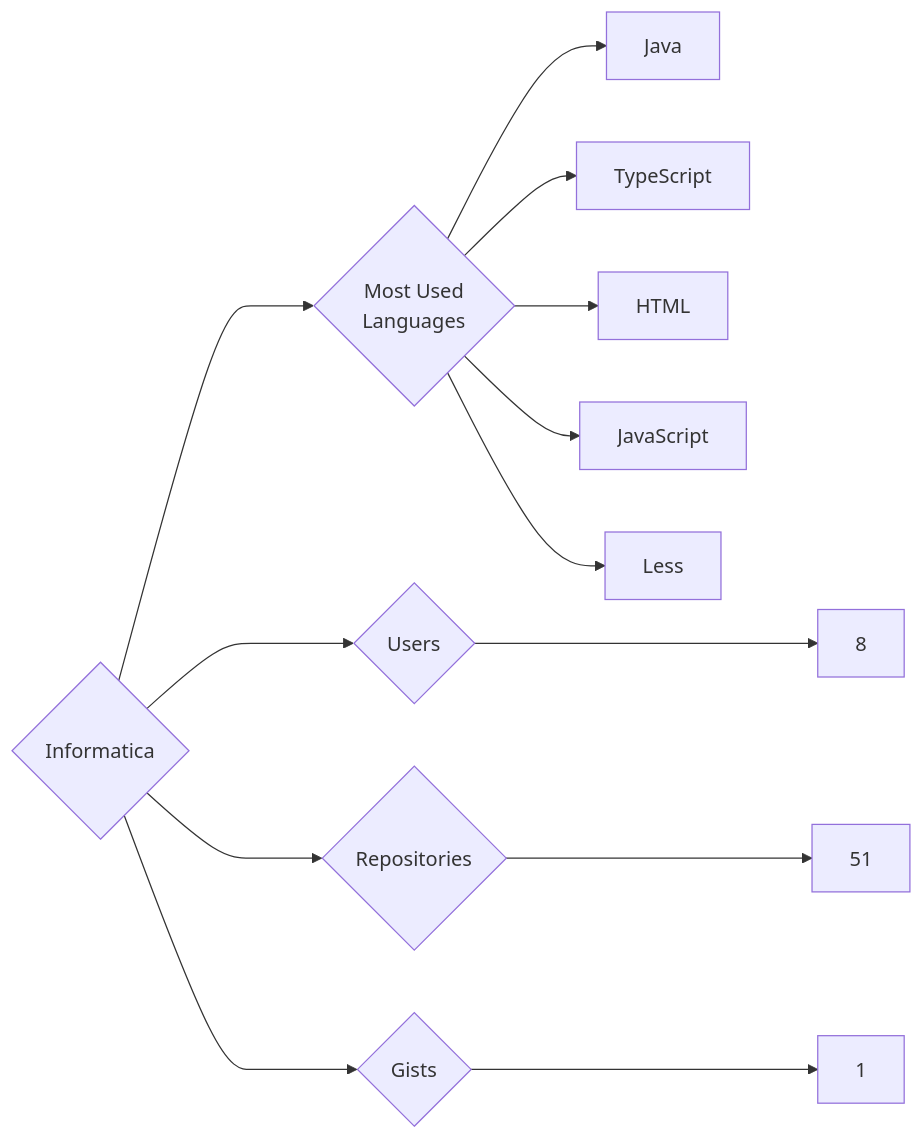
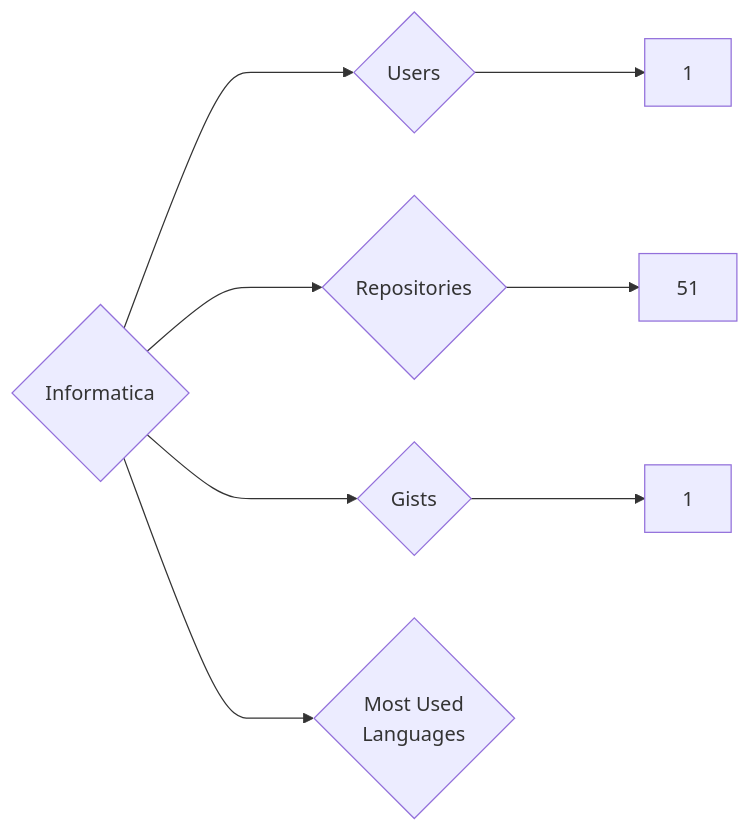
One commit to trickest/insiders changed the diagram in targets/Informatica/README.md. Above: the diagram before and after it, drawn with Mermaid. The commit also changed 1089 other files, not shown here.

````diff
--- a/targets/Informatica/README.md
+++ b/targets/Informatica/README.md
@@ -3,13 +3,8 @@
 ```mermaid
 graph LR
 COMPANY_NAME{Informatica}
-COMPANY_NAME ---> U{Users} ---> UN[8]
+COMPANY_NAME ---> U{Users} ---> UN[1]
 COMPANY_NAME ---> R{Repositories} ---> RN[51]
 COMPANY_NAME ---> G{Gists} ---> GN[1]
 COMPANY_NAME ---> ML{Most Used<br>Languages}
-ML --> Java[Java]
-ML --> TypeScript[TypeScript]
-ML --> HTML[HTML]
-ML --> JavaScript[JavaScript]
-ML --> Less[Less]
 ```
````
